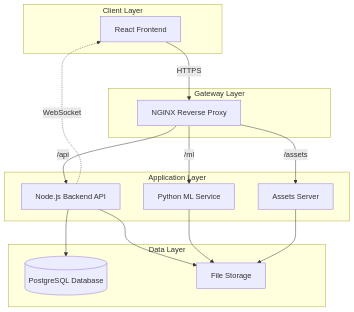
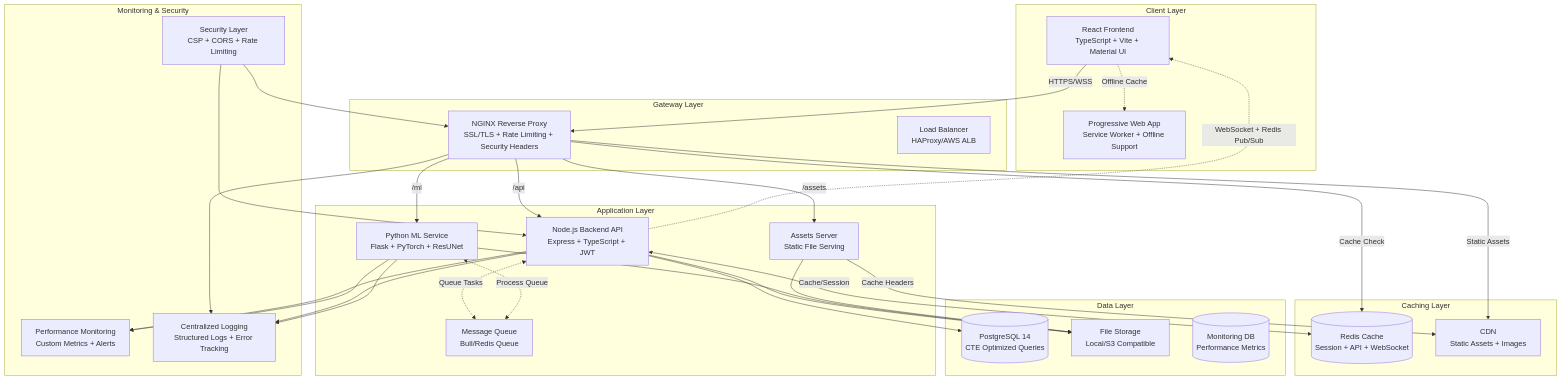
The first of 5 diagrams in docs/architecture/system-overview.md (michalprusek/spheroseg), drawn with Mermaid before and after one commit. The commit also changed other lines of this file and 630 other files, not shown here.

````diff
--- a/docs/architecture/system-overview.md
+++ b/docs/architecture/system-overview.md
@@ -9,33 +9,67 @@
 ```mermaid
 graph TB
     subgraph "Client Layer"
-        UI[React Frontend]
+        UI[React Frontend<br/>TypeScript + Vite + Material UI]
+        PWA[Progressive Web App<br/>Service Worker + Offline Support]
     end
     
     subgraph "Gateway Layer"
-        NGINX[NGINX Reverse Proxy]
+        NGINX[NGINX Reverse Proxy<br/>SSL/TLS + Rate Limiting + Security Headers]
+        LB[Load Balancer<br/>HAProxy/AWS ALB]
+    end
+    
+    subgraph "Caching Layer"
+        REDIS[(Redis Cache<br/>Session + API + WebSocket)]
+        CDN[CDN<br/>Static Assets + Images]
     end
     
     subgraph "Application Layer"
-        API[Node.js Backend API]
-        ML[Python ML Service]
-        ASSETS[Assets Server]
+        API[Node.js Backend API<br/>Express + TypeScript + JWT]
+        ML[Python ML Service<br/>Flask + PyTorch + ResUNet]
+        ASSETS[Assets Server<br/>Static File Serving]
+        QUEUE[Message Queue<br/>Bull/Redis Queue]
     end
     
     subgraph "Data Layer"
-        DB[(PostgreSQL Database)]
-        FS[File Storage]
+        DB[(PostgreSQL 14<br/>CTE Optimized Queries)]
+        FS[File Storage<br/>Local/S3 Compatible]
+        MONITORING[(Monitoring DB<br/>Performance Metrics)]
     end
     
-    UI -->|HTTPS| NGINX
+    subgraph "Monitoring & Security"
+        METRICS[Performance Monitoring<br/>Custom Metrics + Alerts]
+        LOGS[Centralized Logging<br/>Structured Logs + Error Tracking]
+        SECURITY[Security Layer<br/>CSP + CORS + Rate Limiting]
+    end
+    
+    UI -->|HTTPS/WSS| NGINX
+    UI -.->|Offline Cache| PWA
+    
+    NGINX -->|Cache Check| REDIS
+    NGINX -->|Static Assets| CDN
     NGINX -->|/api| API
     NGINX -->|/ml| ML
     NGINX -->|/assets| ASSETS
     
+    API <-->|Cache/Session| REDIS
     API --> DB
     API --> FS
+    API <-.->|Queue Tasks| QUEUE
+    
     ML --> FS
+    ML <-.->|Process Queue| QUEUE
+    
     ASSETS --> FS
+    ASSETS -->|Cache Headers| CDN
     
-    API -.->|WebSocket| UI
+    API -.->|WebSocket + Redis Pub/Sub| UI
+    
+    API --> METRICS
+    ML --> METRICS
+    NGINX --> LOGS
+    API --> LOGS
+    ML --> LOGS
+    
+    SECURITY --> NGINX
+    SECURITY --> API
 ```
````
